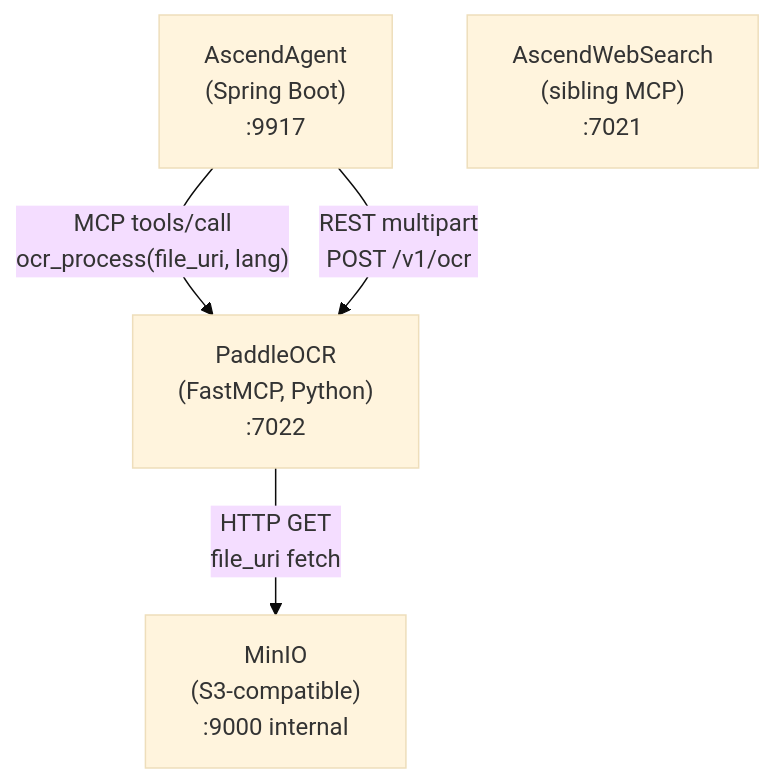
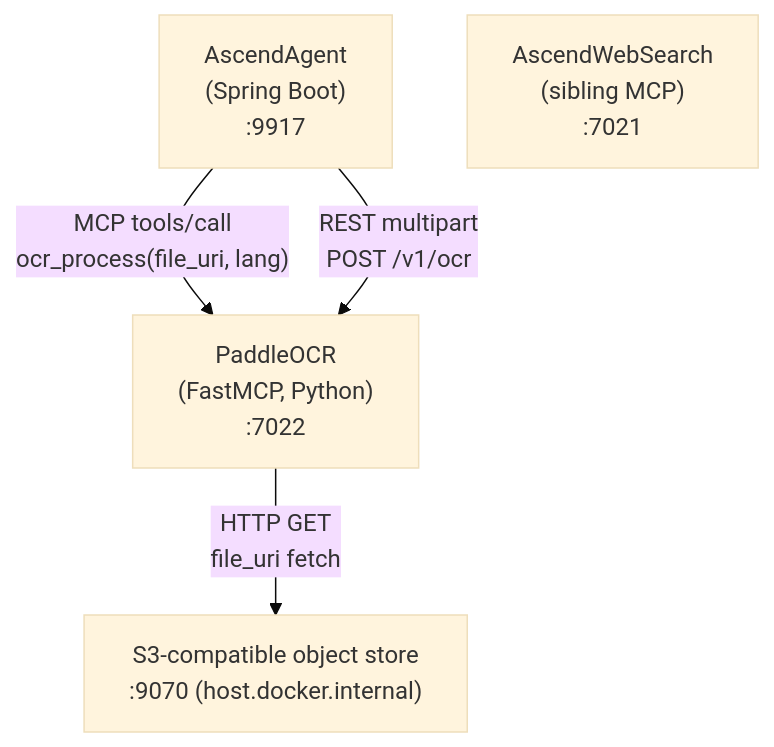
The diagram in PaddleOCR/docs/architecture/arc42/03-context-and-scope.md (Lukk17/AscendAI), drawn with Mermaid (base theme) before and after one commit. The commit also changed other lines of this file and 207 other files, not shown here.

First line of the commit message:
feat(storage): replace MinIO with Floci as the local object store

````diff
--- a/PaddleOCR/docs/architecture/arc42/03-context-and-scope.md
+++ b/PaddleOCR/docs/architecture/arc42/03-context-and-scope.md
@@ -7,11 +7,11 @@
 ```mermaid
 graph TB
     Agent["AscendAgent<br/>(Spring Boot)<br/>:9917"]
     PaddleOCR["PaddleOCR<br/>(FastMCP, Python)<br/>:7022"]
-    MinIO["MinIO<br/>(S3-compatible)<br/>:9000 internal"]
+    ObjectStore["S3-compatible object store<br/>:9070 (host.docker.internal)"]
     WebSearch["AscendWebSearch<br/>(sibling MCP)<br/>:7021"]
 
     Agent -->|"MCP tools/call<br/>ocr_process(file_uri, lang)"| PaddleOCR
     Agent -->|"REST multipart<br/>POST /v1/ocr"| PaddleOCR
-    PaddleOCR -->|"HTTP GET<br/>file_uri fetch"| MinIO
+    PaddleOCR -->|"HTTP GET<br/>file_uri fetch"| ObjectStore
 ```
````
